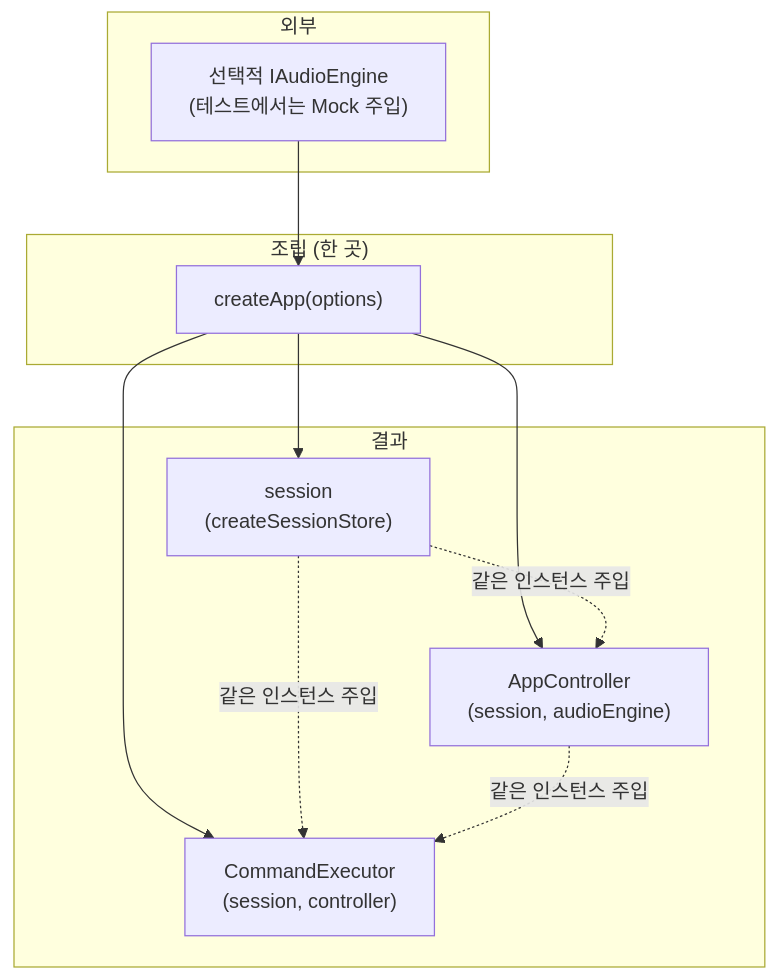
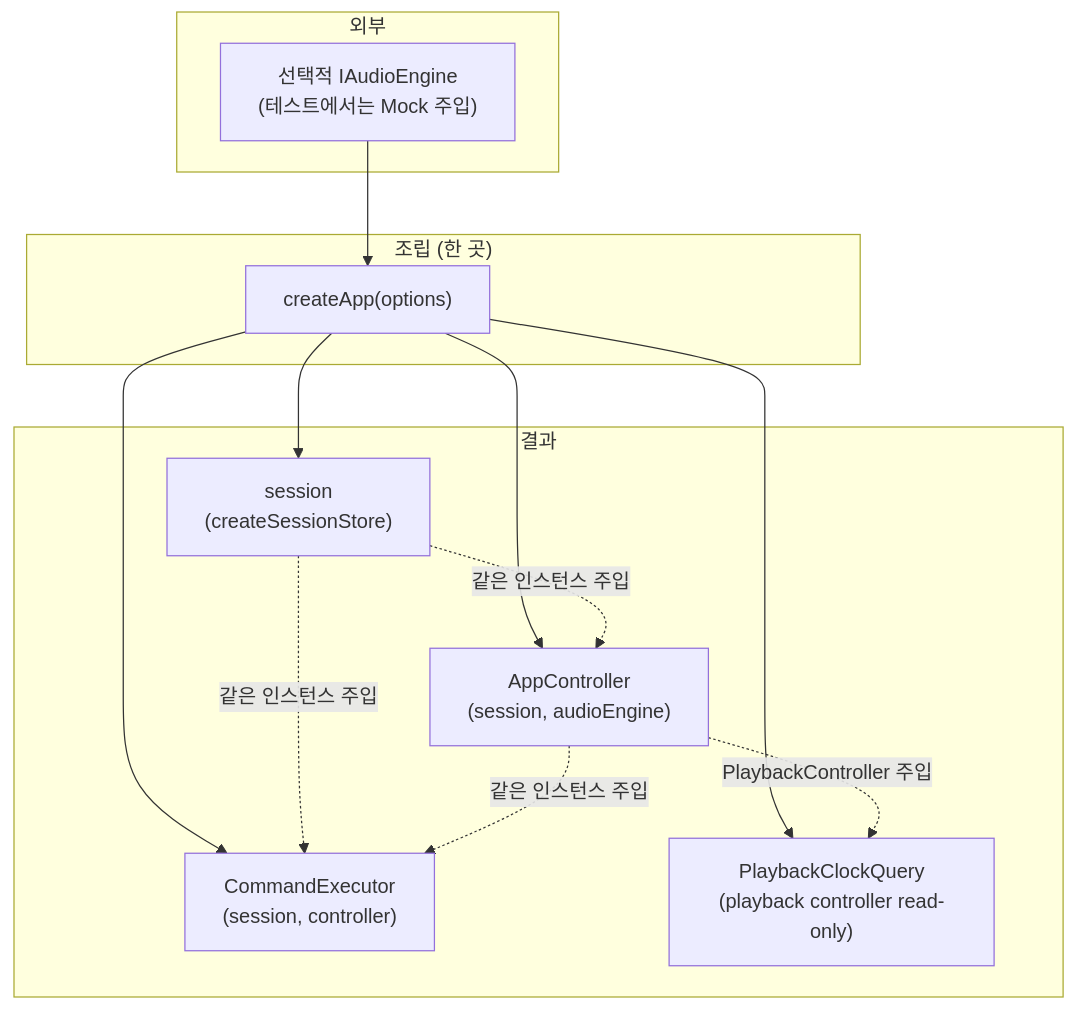
Before and after one commit to whizzkid1452/drop-ai: the third of 4 diagrams in docs/architecture.md, drawn with Mermaid. The commit also changed other lines of this file and 12 other files, not shown here.

````diff
--- a/docs/architecture.md
+++ b/docs/architecture.md
@@ -125,24 +142,27 @@
 ```mermaid
 flowchart TB
     subgraph ext["외부"]
         IN["선택적 IAudioEngine\n(테스트에서는 Mock 주입)"]
     end
 
     subgraph asm["조립 (한 곳)"]
         CA["createApp(options)"]
     end
 
     subgraph out["결과"]
         SS["session\n(createSessionStore)"]
         AC["AppController\n(session, audioEngine)"]
         CE["CommandExecutor\n(session, controller)"]
+        Q["PlaybackClockQuery\n(playback controller read-only)"]
     end
 
     IN --> CA
     CA --> SS
     CA --> AC
     CA --> CE
+    CA --> Q
     SS -.->|"같은 인스턴스 주입"| AC
     SS -.->|"같은 인스턴스 주입"| CE
     AC -.->|"같은 인스턴스 주입"| CE
+    AC -.->|"PlaybackController 주입"| Q
 ```
````
